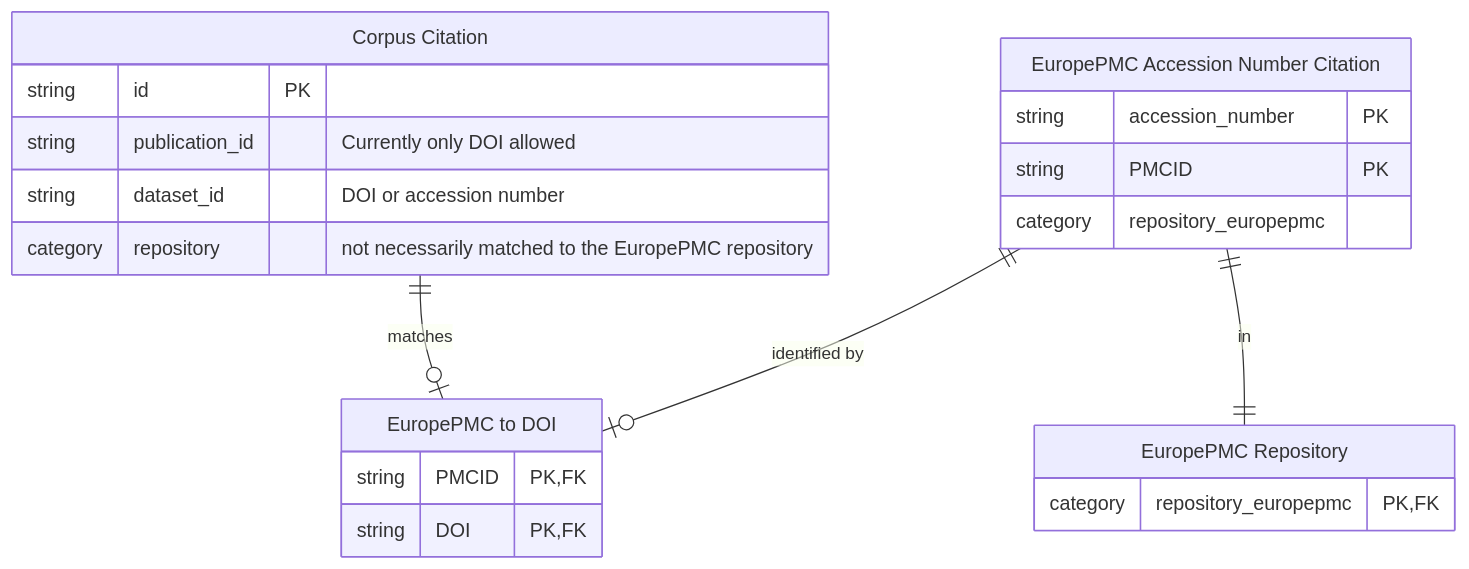
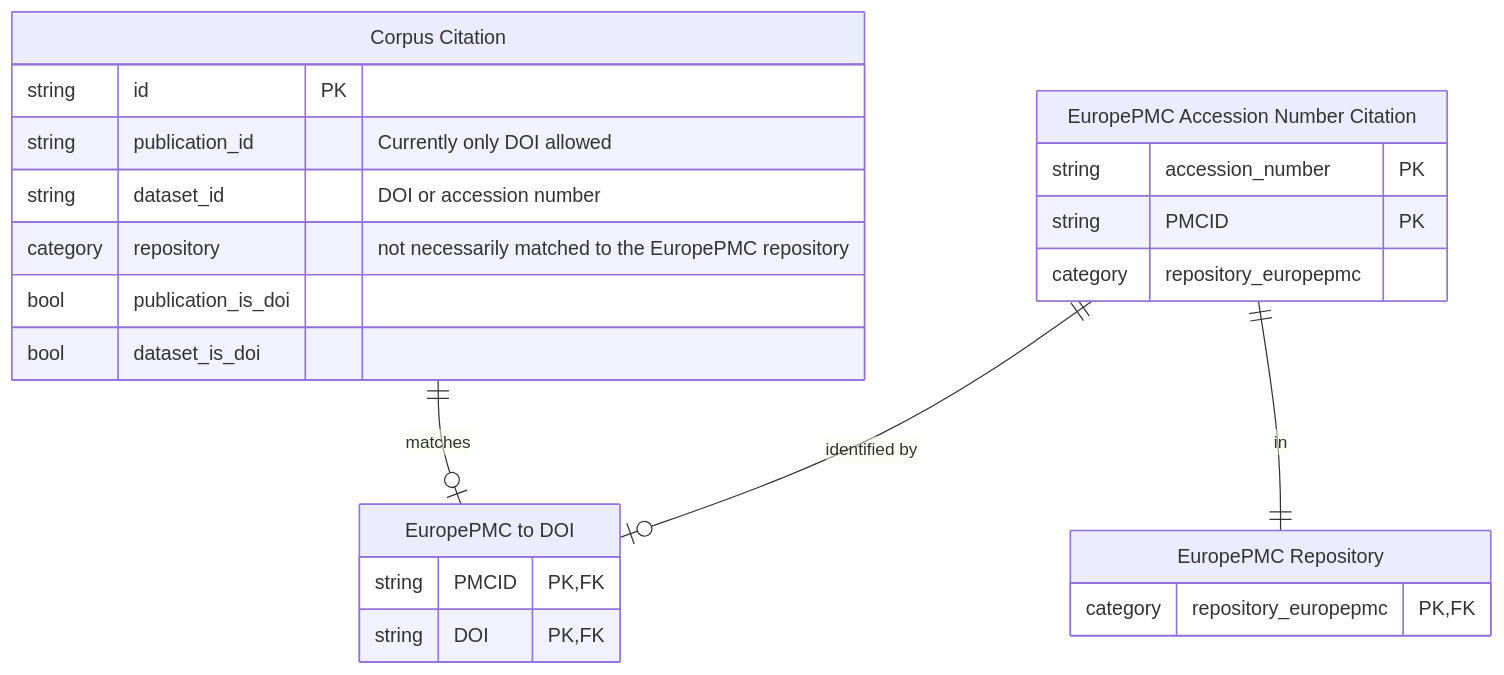
One commit to Make-Data-Count-Community/corpus-data-analysis changed the diagram in europepmc/README.md. Above: the diagram before and after it, drawn with Mermaid. The commit also changed 2 other files, not shown here.

Commit message:
notebook with europe pmc analysis

````diff
--- a/europepmc/README.md
+++ b/europepmc/README.md
@@ -11,24 +11,26 @@
 ```mermaid
 erDiagram
     CORPUS["Corpus Citation"] {
         string id PK
         string publication_id "Currently only DOI allowed"
         string dataset_id "DOI or accession number"
         category repository "not necessarily matched to the EuropePMC repository"
+        bool publication_is_doi
+        bool dataset_is_doi
     }
     EUROPEPMC["EuropePMC Accession Number Citation"] {
         string accession_number PK
         string PMCID PK
         category repository_europepmc
     }
     DOI_PMC["EuropePMC to DOI"] {
         string PMCID PK, FK
         string DOI PK, FK
     }
     REPOSITORY["EuropePMC Repository"] {
         category repository_europepmc PK, FK
     }
     CORPUS one to zero or one DOI_PMC : matches
     EUROPEPMC one to zero or one DOI_PMC : "identified by"
     EUROPEPMC one to one REPOSITORY : "in"
 ```
````
